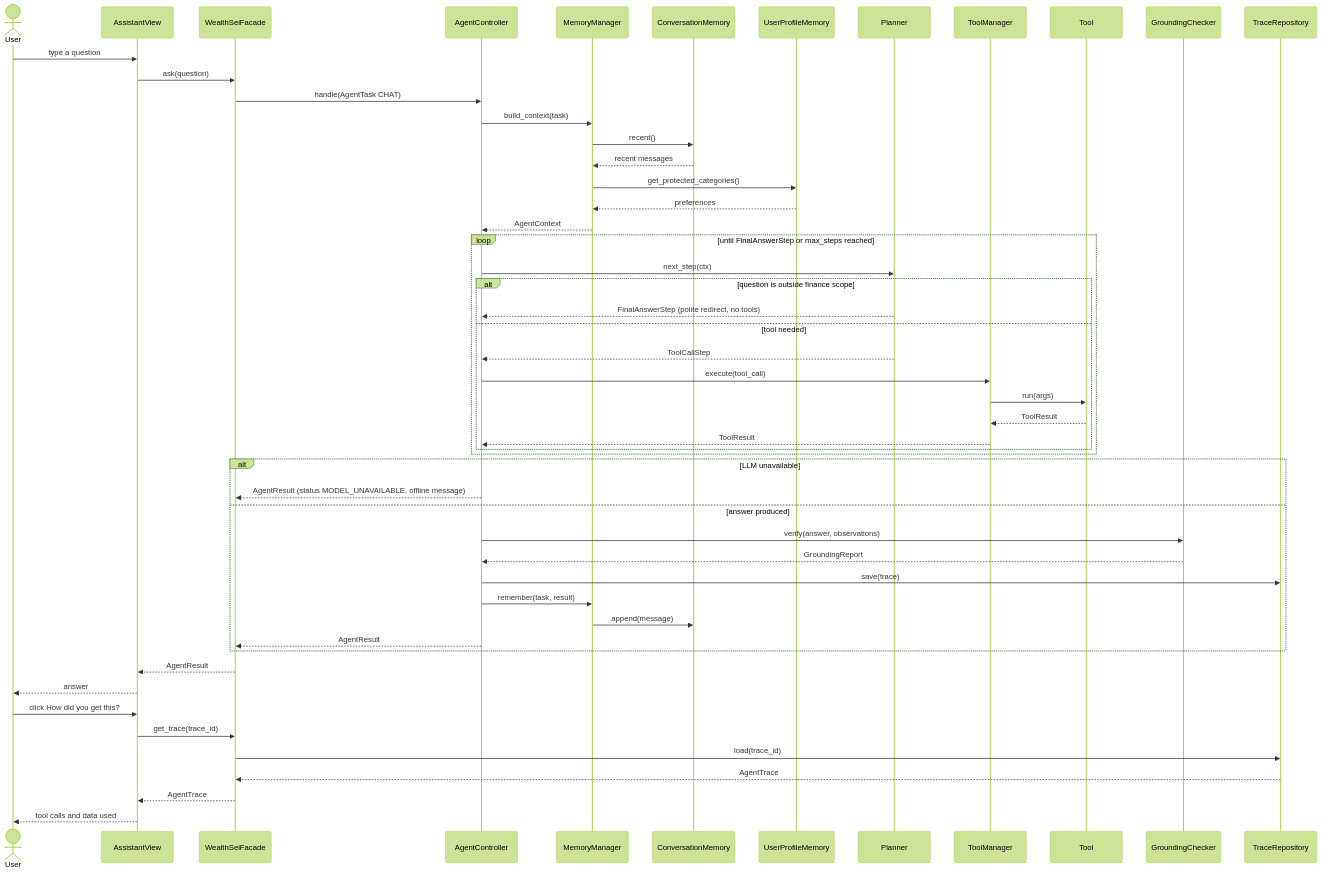
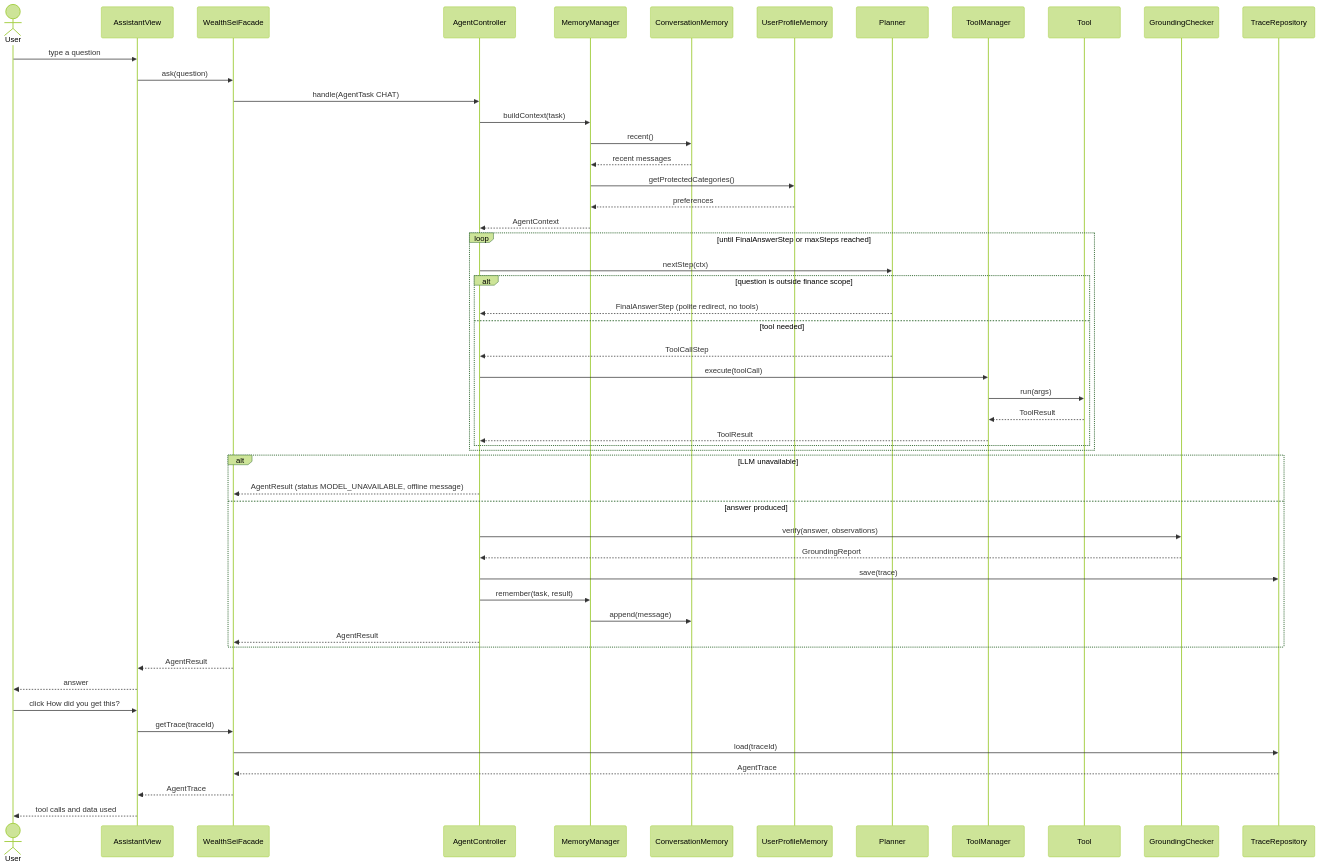
One commit to Rishit-Shah/EECS-3311-Project---WealthSei changed diagram 18 of 20 in docs/WealthSei_Stage1_Report.md. Above: the diagram before and after it, drawn with Mermaid (forest theme). The commit also changed other lines of this file, not shown here.

````diff
--- a/docs/WealthSei_Stage1_Report.md
+++ b/docs/WealthSei_Stage1_Report.md
@@ -2183,55 +2200,55 @@
 ```mermaid
 sequenceDiagram
     actor User
     participant AV as AssistantView
     participant F as WealthSeiFacade
     participant AC as AgentController
     participant MM as MemoryManager
     participant CM as ConversationMemory
     participant UM as UserProfileMemory
     participant PL as Planner
     participant TM as ToolManager
     participant T as Tool
     participant GC as GroundingChecker
     participant TRP as TraceRepository
 
     User->>AV: type a question
     AV->>F: ask(question)
     F->>AC: handle(AgentTask CHAT)
-    AC->>MM: build_context(task)
+    AC->>MM: buildContext(task)
     MM->>CM: recent()
     CM-->>MM: recent messages
-    MM->>UM: get_protected_categories()
+    MM->>UM: getProtectedCategories()
     UM-->>MM: preferences
     MM-->>AC: AgentContext
-    loop until FinalAnswerStep or max_steps reached
-        AC->>PL: next_step(ctx)
+    loop until FinalAnswerStep or maxSteps reached
+        AC->>PL: nextStep(ctx)
         alt question is outside finance scope
             PL-->>AC: FinalAnswerStep (polite redirect, no tools)
         else tool needed
             PL-->>AC: ToolCallStep
-            AC->>TM: execute(tool_call)
+            AC->>TM: execute(toolCall)
             TM->>T: run(args)
             T-->>TM: ToolResult
             TM-->>AC: ToolResult
         end
     end
     alt LLM unavailable
         AC-->>F: AgentResult (status MODEL_UNAVAILABLE, offline message)
     else answer produced
         AC->>GC: verify(answer, observations)
         GC-->>AC: GroundingReport
         AC->>TRP: save(trace)
         AC->>MM: remember(task, result)
         MM->>CM: append(message)
         AC-->>F: AgentResult
     end
     F-->>AV: AgentResult
     AV-->>User: answer
     User->>AV: click How did you get this?
-    AV->>F: get_trace(trace_id)
-    F->>TRP: load(trace_id)
+    AV->>F: getTrace(traceId)
+    F->>TRP: load(traceId)
     TRP-->>F: AgentTrace
     F-->>AV: AgentTrace
     AV-->>User: tool calls and data used
 ```
````
